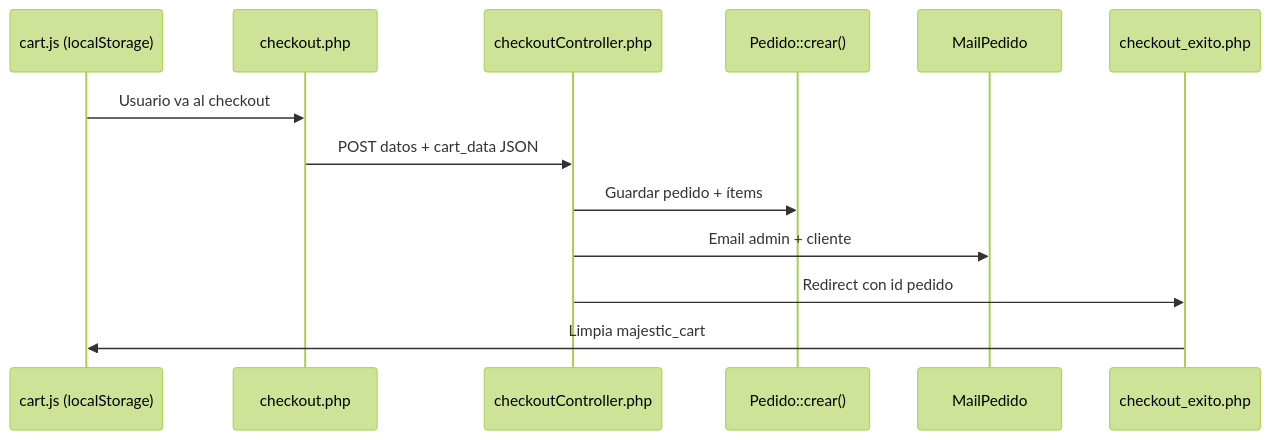
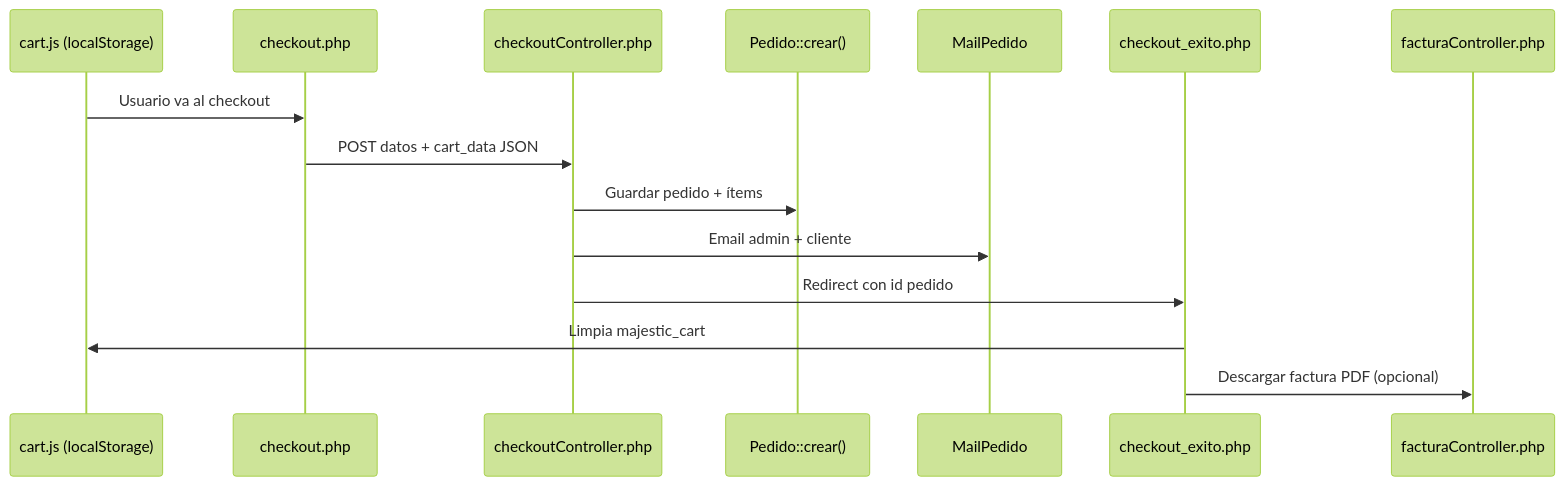
One commit to VerosioHP/deportivo changed the third of 3 diagrams in README.md. Above: the diagram before and after it, drawn with Mermaid (forest theme). The commit also changed other lines of this file, not shown here.

````diff
--- a/README.md
+++ b/README.md
@@ -174,16 +260,18 @@
 ```mermaid
 sequenceDiagram
     participant C as cart.js (localStorage)
     participant CH as checkout.php
     participant CC as checkoutController.php
     participant P as Pedido::crear()
     participant M as MailPedido
     participant E as checkout_exito.php
+    participant F as facturaController.php
 
     C->>CH: Usuario va al checkout
     CH->>CC: POST datos + cart_data JSON
     CC->>P: Guardar pedido + ítems
     CC->>M: Email admin + cliente
     CC->>E: Redirect con id pedido
     E->>C: Limpia majestic_cart
+    E->>F: Descargar factura PDF (opcional)
 ```
````
